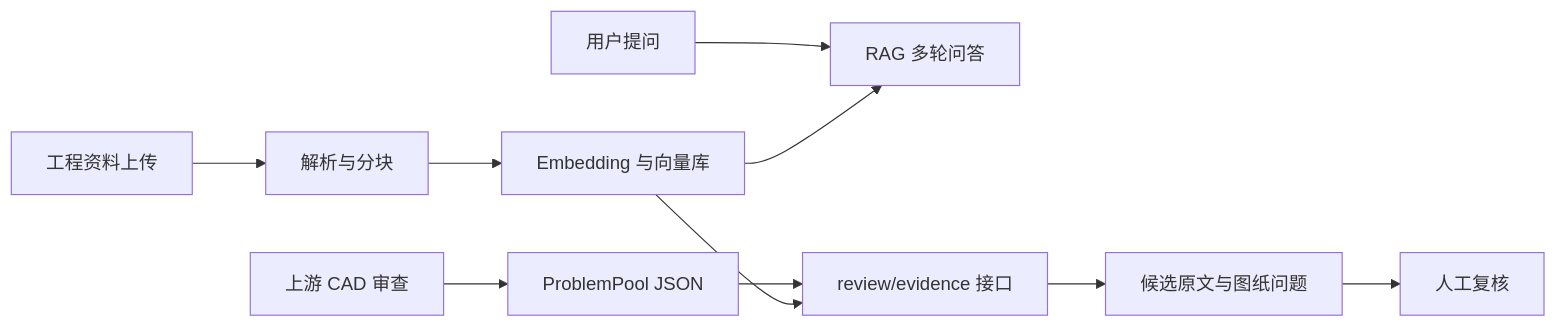
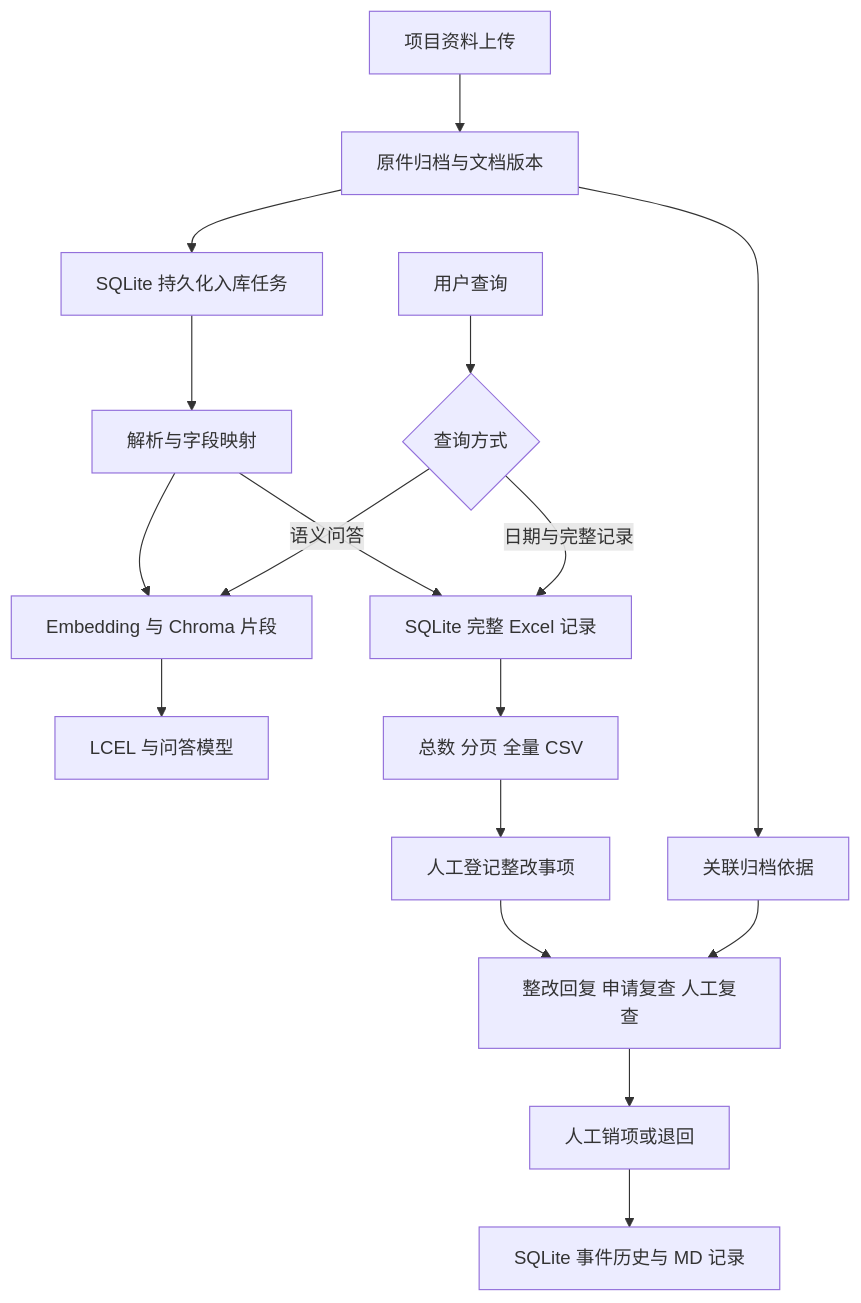
The diagram in docs/源码改动与面试面经.md (HAN32978/-AI), drawn with Mermaid before and after one commit. The commit also changed other lines of this file and 35 other files, not shown here.

````diff
--- a/docs/源码改动与面试面经.md
+++ b/docs/源码改动与面试面经.md
@@ -28,12 +21,19 @@
 ```mermaid
-flowchart LR
-    D[工程资料上传] --> P[解析与分块]
-    P --> V[Embedding 与向量库]
-    Q[用户提问] --> R[RAG 多轮问答]
-    V --> R
-    C[上游 CAD 审查] --> J[ProblemPool JSON]
-    J --> W[review/evidence 接口]
-    V --> W
-    W --> E[候选原文与图纸问题]
-    E --> H[人工复核]
+flowchart TD
+    U[项目资料上传] --> O[原件归档与文档版本]
+    O --> T[SQLite 持久化入库任务]
+    T --> P[解析与字段映射]
+    P --> S[SQLite 完整 Excel 记录]
+    P --> V[Embedding 与 Chroma 片段]
+    Q[用户查询] --> R{查询方式}
+    R -->|日期与完整记录| S
+    R -->|语义问答| V
+    V --> L[LCEL 与问答模型]
+    S --> C[总数 分页 全量 CSV]
+    C --> I[人工登记整改事项]
+    O --> E[关联归档依据]
+    I --> W[整改回复 申请复查 人工复查]
+    E --> W
+    W --> H[人工销项或退回]
+    H --> A[SQLite 事件历史与 MD 记录]
 ```
````
